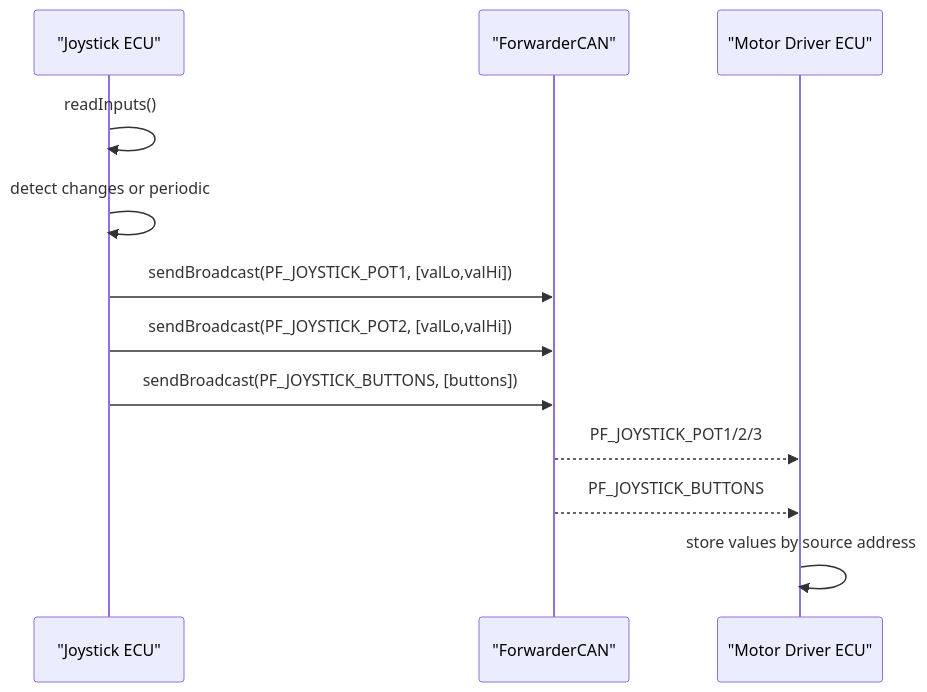
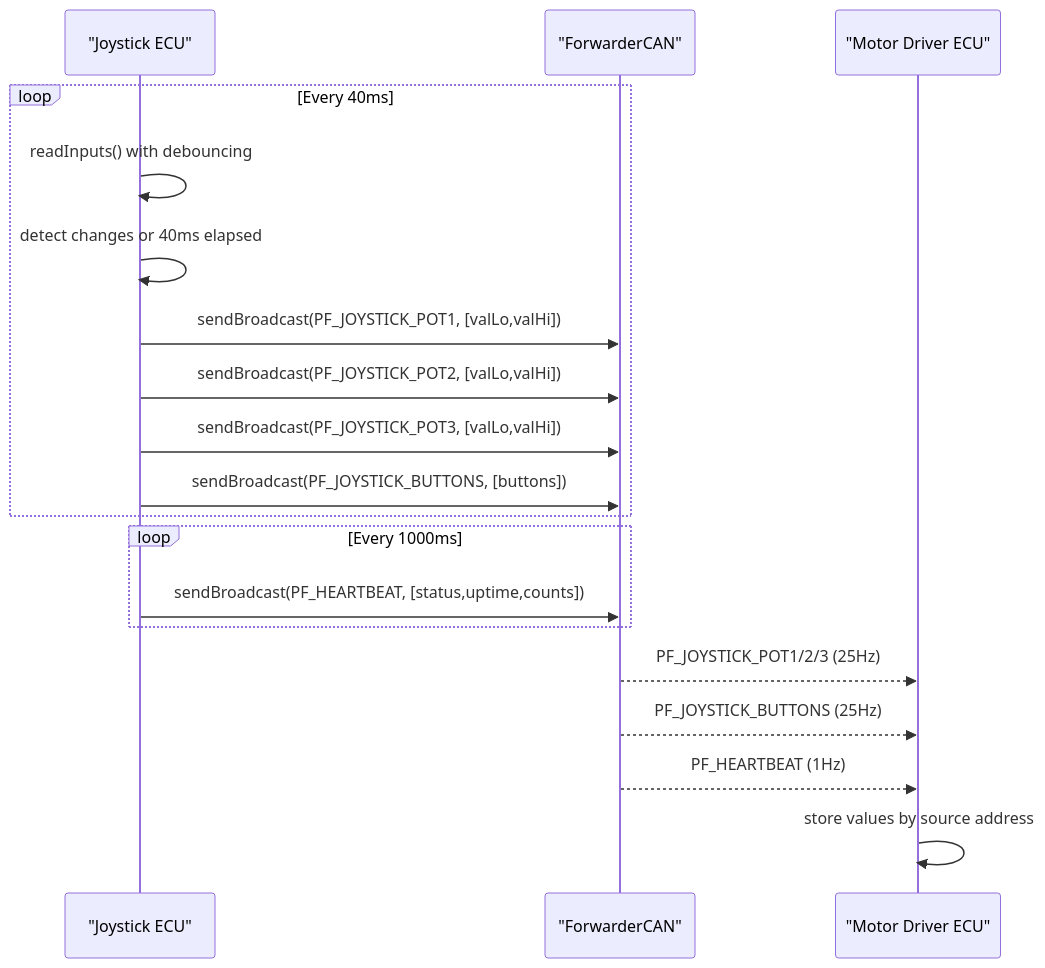
One commit to gunicsba/ESP_CAN_ECU_joystick_collection changed the sixth of 9 diagrams in .qoder/repowiki/en/content/ECU Implementations/Joystick ECU/Joystick ECU.md. Above: the diagram before and after it, drawn with Mermaid. The commit also changed other lines of this file and 15 other files, not shown here.

````diff
--- a/.qoder/repowiki/en/content/ECU Implementations/Joystick ECU/Joystick ECU.md
+++ b/.qoder/repowiki/en/content/ECU Implementations/Joystick ECU/Joystick ECU.md
@@ -172,14 +242,21 @@
 ```mermaid
 sequenceDiagram
 participant JS as "Joystick ECU"
 participant CAN as "ForwarderCAN"
 participant MD as "Motor Driver ECU"
-JS->>JS : readInputs()
-JS->>JS : detect changes or periodic
+loop Every 40ms
+JS->>JS : readInputs() with debouncing
+JS->>JS : detect changes or 40ms elapsed
 JS->>CAN : sendBroadcast(PF_JOYSTICK_POT1, [valLo,valHi])
 JS->>CAN : sendBroadcast(PF_JOYSTICK_POT2, [valLo,valHi])
+JS->>CAN : sendBroadcast(PF_JOYSTICK_POT3, [valLo,valHi])
 JS->>CAN : sendBroadcast(PF_JOYSTICK_BUTTONS, [buttons])
-CAN-->>MD : PF_JOYSTICK_POT1/2/3
-CAN-->>MD : PF_JOYSTICK_BUTTONS
+end
+loop Every 1000ms
+JS->>CAN : sendBroadcast(PF_HEARTBEAT, [status,uptime,counts])
+end
+CAN-->>MD : PF_JOYSTICK_POT1/2/3 (25Hz)
+CAN-->>MD : PF_JOYSTICK_BUTTONS (25Hz)
+CAN-->>MD : PF_HEARTBEAT (1Hz)
 MD->>MD : store values by source address
 ```
````
